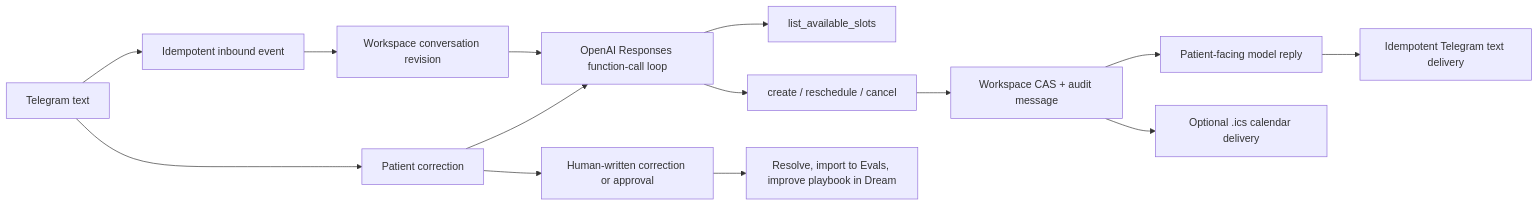
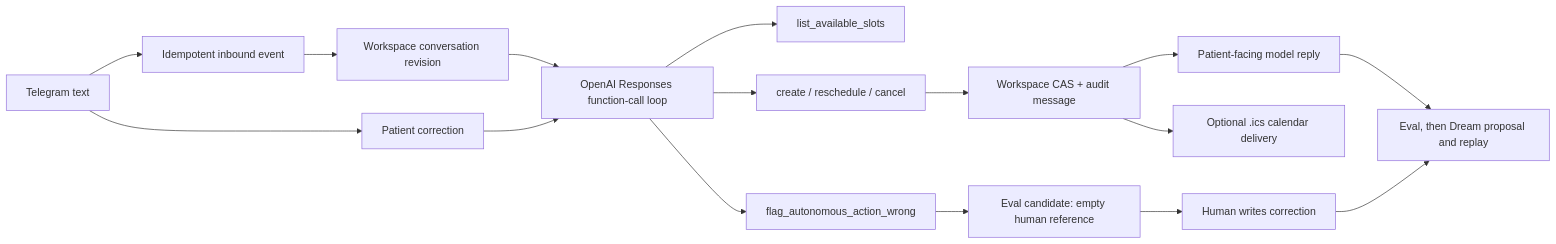
The diagram in docs/autonomous-booking-agent.md (BryanTheLai/codex-july-hackathon-official), drawn with Mermaid before and after one commit. The commit also changed other lines of this file and 22 other files, not shown here.

````diff
--- a/docs/autonomous-booking-agent.md
+++ b/docs/autonomous-booking-agent.md
@@ -21,16 +21,18 @@
 ```mermaid
 flowchart LR
   T[Telegram text] --> I[Idempotent inbound event]
   I --> W[Workspace conversation revision]
   W --> A[OpenAI Responses function-call loop]
   A --> S[list_available_slots]
   A --> B[create / reschedule / cancel]
   B --> C[Workspace CAS + audit message]
   C --> R[Patient-facing model reply]
   R --> D[Idempotent Telegram text delivery]
   C --> K[Optional .ics calendar delivery]
   T --> F[Patient correction]
   F --> A
-  F --> H[Human-written correction or approval]
-  H --> E[Resolve, import to Evals, improve playbook in Dream]
+  A --> G[flag_autonomous_action_wrong]
+  G --> E[Eval candidate: empty human reference]
+  E --> H[Human writes correction]
+  H --> D[Eval, then Dream proposal and replay]
 ```
````
